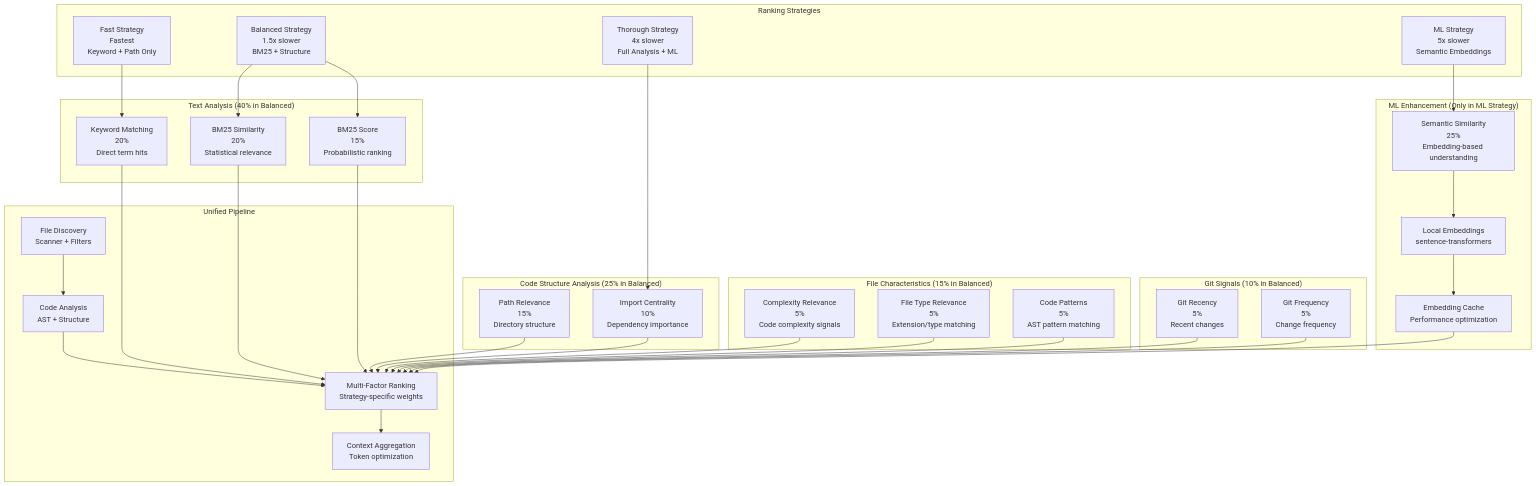
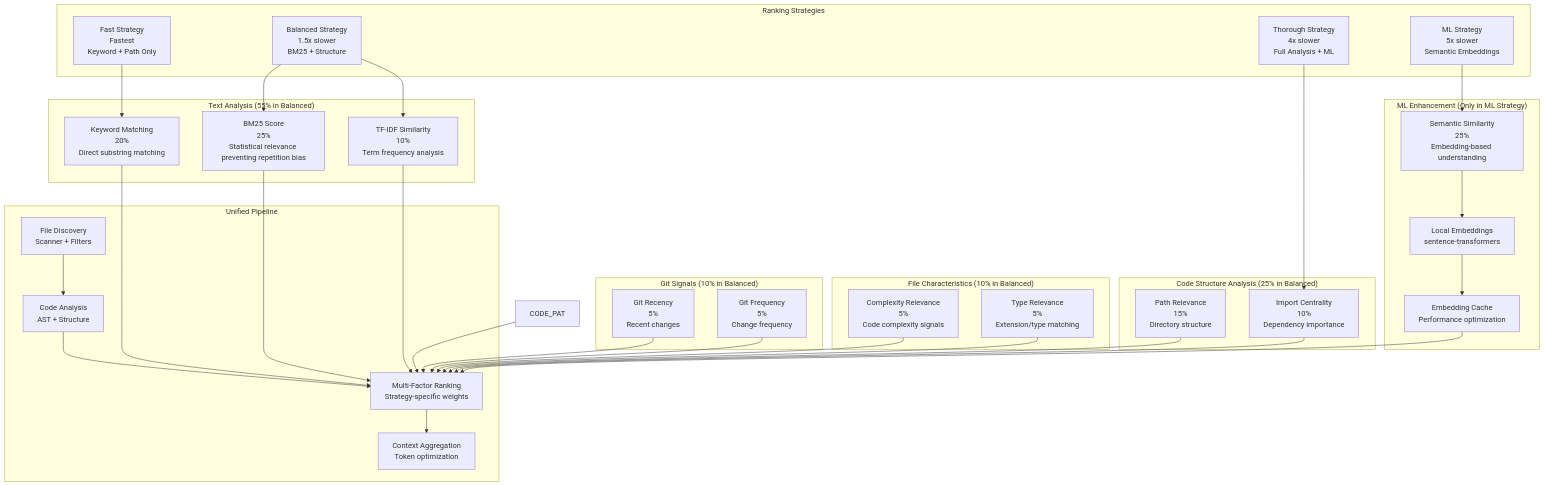
The first of 2 diagrams in docs/architecture/ranking-system.md (jddunn/tenets), drawn with Mermaid before and after one commit. The commit also changed other lines of this file and 14 other files, not shown here.

````diff
--- a/docs/architecture/ranking-system.md
+++ b/docs/architecture/ranking-system.md
@@ -5,69 +5,68 @@
 ```mermaid
 graph TD
     subgraph "Ranking Strategies"
         FAST[Fast Strategy<br/>Fastest<br/>Keyword + Path Only]
         BALANCED[Balanced Strategy<br/>1.5x slower<br/>BM25 + Structure]
         THOROUGH[Thorough Strategy<br/>4x slower<br/>Full Analysis + ML]
         ML_STRAT[ML Strategy<br/>5x slower<br/>Semantic Embeddings]
     end
 
-    subgraph "Text Analysis (40% in Balanced)"
-        KEY_MATCH[Keyword Matching<br/>20%<br/>Direct term hits]
-        BM25_SIM[BM25 Similarity<br/>20%<br/>Statistical relevance]
-        BM25_SCORE[BM25 Score<br/>15%<br/>Probabilistic ranking]
+    subgraph "Text Analysis (55% in Balanced)"
+        KEY_MATCH[Keyword Matching<br/>20%<br/>Direct substring matching]
+        BM25_SCORE[BM25 Score<br/>25%<br/>Statistical relevance preventing repetition bias]
+        TFIDF_SIM[TF-IDF Similarity<br/>10%<br/>Term frequency analysis]
     end
 
     subgraph "Code Structure Analysis (25% in Balanced)"
         PATH_REL[Path Relevance<br/>15%<br/>Directory structure]
         IMP_CENT[Import Centrality<br/>10%<br/>Dependency importance]
     end
 
-    subgraph "File Characteristics (15% in Balanced)"
+    subgraph "File Characteristics (10% in Balanced)"
         COMPLEXITY_REL[Complexity Relevance<br/>5%<br/>Code complexity signals]
-        FILE_TYPE[File Type Relevance<br/>5%<br/>Extension/type matching]
-        CODE_PAT[Code Patterns<br/>5%<br/>AST pattern matching]
+        TYPE_REL[Type Relevance<br/>5%<br/>Extension/type matching]
     end
 
     subgraph "Git Signals (10% in Balanced)"
         GIT_REC[Git Recency<br/>5%<br/>Recent changes]
         GIT_FREQ[Git Frequency<br/>5%<br/>Change frequency]
     end
 
     subgraph "ML Enhancement (Only in ML Strategy)"
         SEM_SIM[Semantic Similarity<br/>25%<br/>Embedding-based understanding]
         LOCAL_EMB[Local Embeddings<br/>sentence-transformers]
         EMBED_CACHE[Embedding Cache<br/>Performance optimization]
     end
 
     subgraph "Unified Pipeline"
         FILE_DISCOVERY[File Discovery<br/>Scanner + Filters]
         ANALYSIS[Code Analysis<br/>AST + Structure]
         RANKING[Multi-Factor Ranking<br/>Strategy-specific weights]
         AGGREGATION[Context Aggregation<br/>Token optimization]
     end
 
     FAST --> KEY_MATCH
-    BALANCED --> BM25_SIM
     BALANCED --> BM25_SCORE
+    BALANCED --> TFIDF_SIM
     THOROUGH --> IMP_CENT
     ML_STRAT --> SEM_SIM
 
     FILE_DISCOVERY --> ANALYSIS
     ANALYSIS --> RANKING
     RANKING --> AGGREGATION
 
     KEY_MATCH --> RANKING
-    BM25_SIM --> RANKING
     BM25_SCORE --> RANKING
+    TFIDF_SIM --> RANKING
     PATH_REL --> RANKING
     IMP_CENT --> RANKING
     COMPLEXITY_REL --> RANKING
-    FILE_TYPE --> RANKING
+    TYPE_REL --> RANKING
     CODE_PAT --> RANKING
     GIT_REC --> RANKING
     GIT_FREQ --> RANKING
 
     SEM_SIM --> LOCAL_EMB
     LOCAL_EMB --> EMBED_CACHE
     EMBED_CACHE --> RANKING
 ```
````
